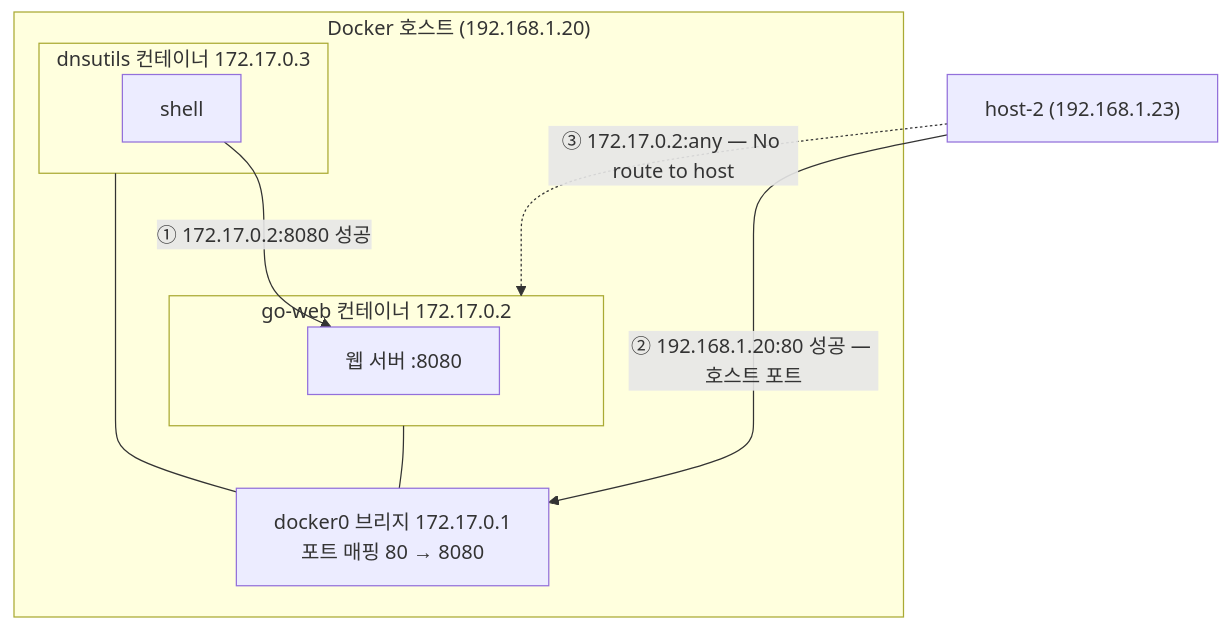
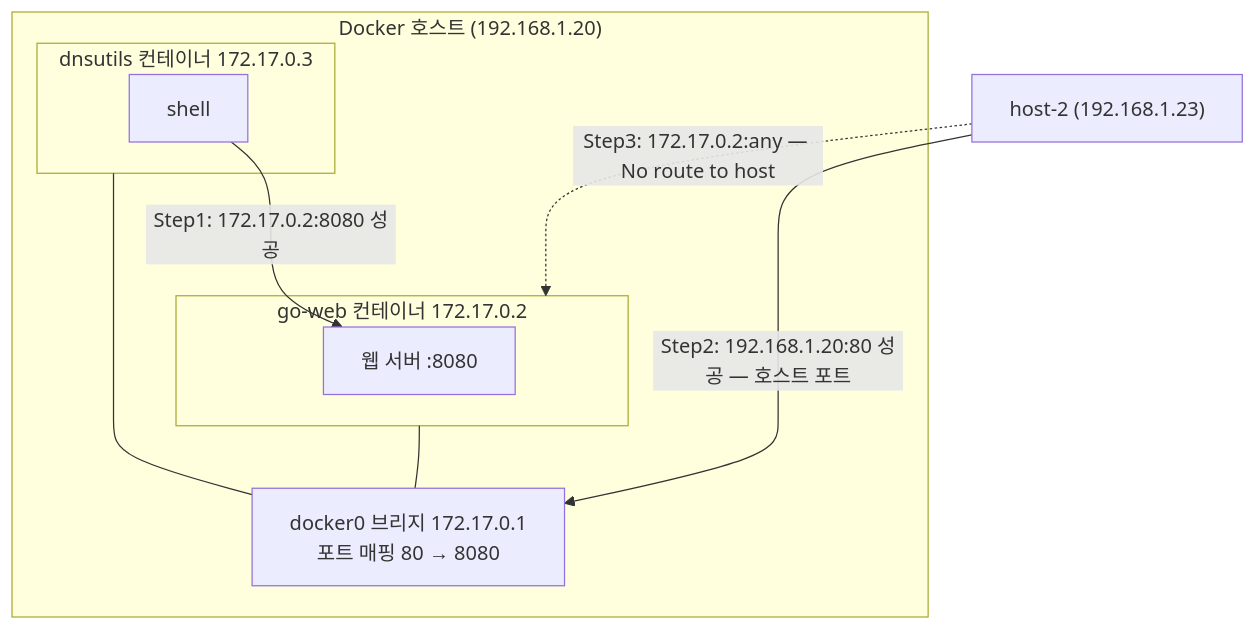
Before and after one commit to scofe97/StduyWrite: the diagram in write/08_cloud/book/networking-and-kubernetes/03-03.컨테이너 연결 실습 — 같은 호스트, 다른 호스트.md, drawn with Mermaid. The commit also changed other lines of this file and 47 other files, not shown here.

````diff
--- a/write/08_cloud/book/networking-and-kubernetes/03-03.컨테이너 연결 실습 — 같은 호스트, 다른 호스트.md
+++ b/write/08_cloud/book/networking-and-kubernetes/03-03.컨테이너 연결 실습 — 같은 호스트, 다른 호스트.md
@@ -94,18 +111,18 @@
 ```mermaid
 flowchart TB
     subgraph host["Docker 호스트 (192.168.1.20)"]
         subgraph goweb["go-web 컨테이너 172.17.0.2"]
             app["웹 서버 :8080"]
         end
         subgraph dns["dnsutils 컨테이너 172.17.0.3"]
             sh["shell"]
         end
         d0["docker0 브리지 172.17.0.1<br>포트 매핑 80 → 8080"]
         goweb --- d0
         dns --- d0
     end
     h2["host-2 (192.168.1.23)"]
-    sh -->|"① 172.17.0.2:8080 성공"| app
-    h2 -->|"② 192.168.1.20:80 성공 — 호스트 포트"| d0
-    h2 -.->|"③ 172.17.0.2:any — No route to host"| goweb
+    sh -->|"Step1: 172.17.0.2:8080 성공"| app
+    h2 -->|"Step2: 192.168.1.20:80 성공 — 호스트 포트"| d0
+    h2 -.->|"Step3: 172.17.0.2:any — No route to host"| goweb
 ```
````
